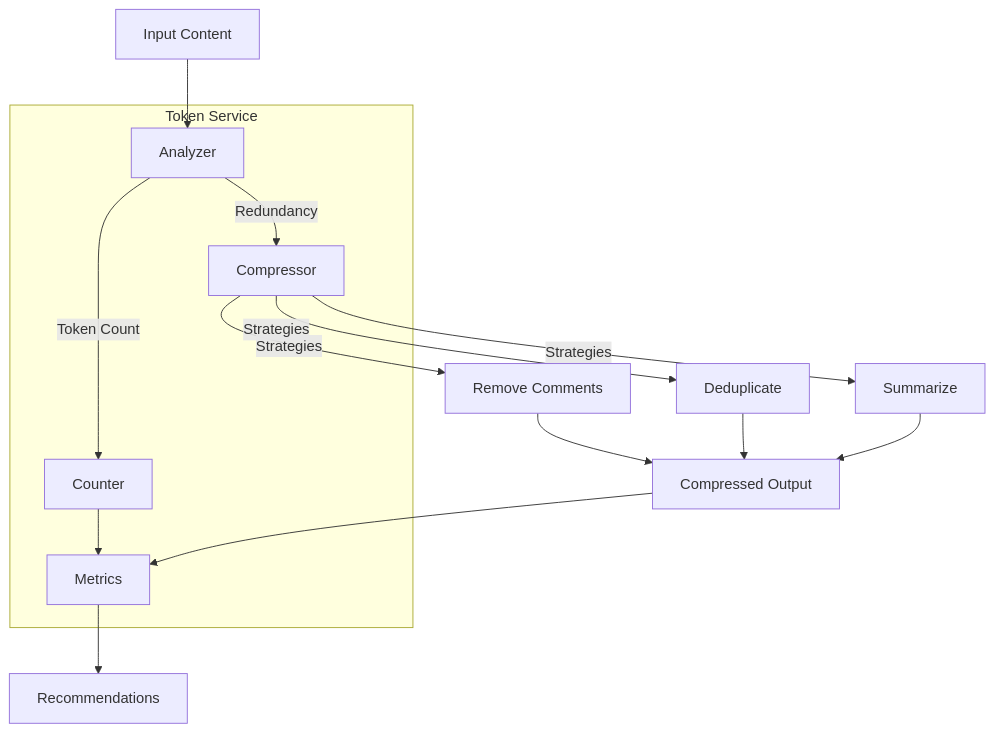
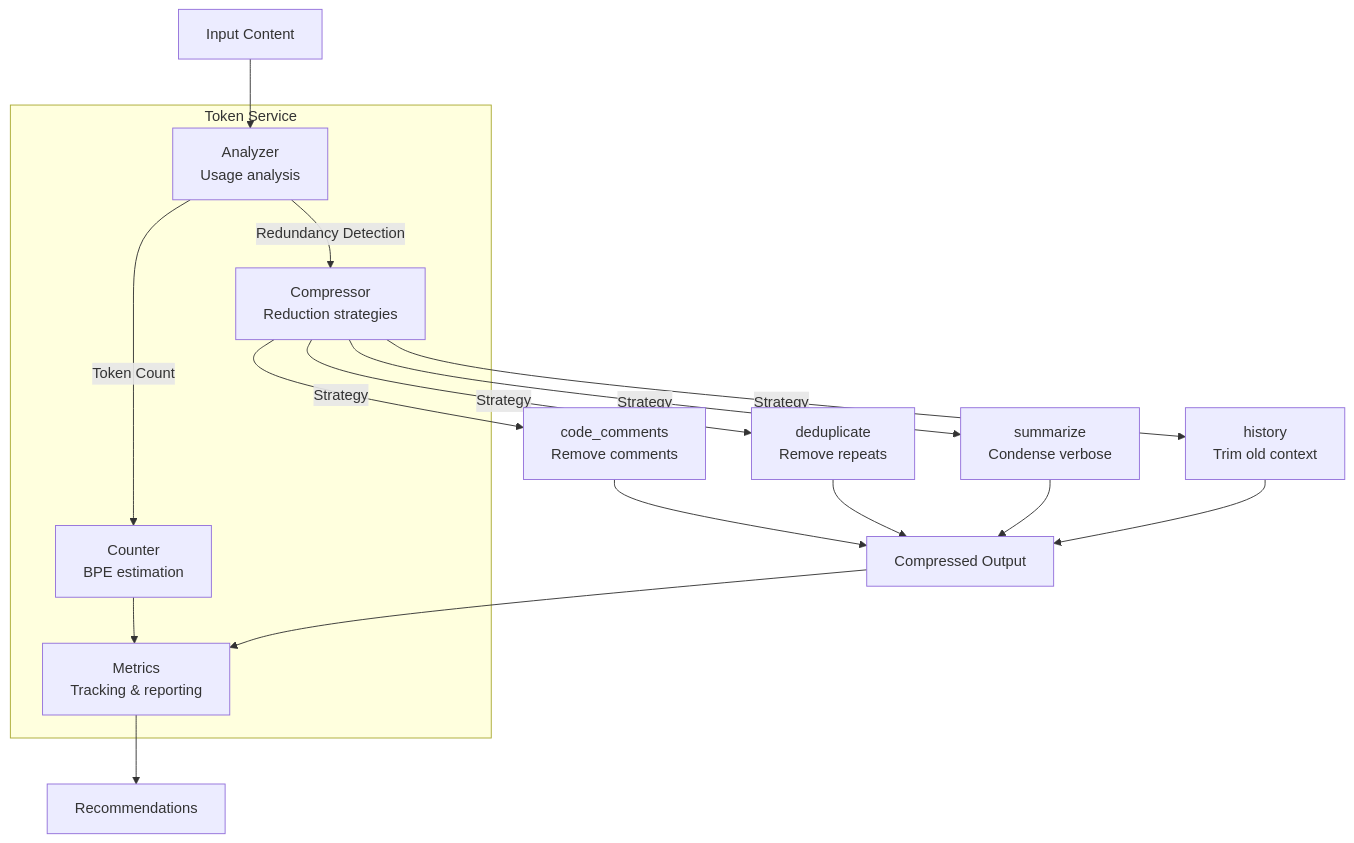
One commit to mjhcompany/cca changed diagram 14 of 19 in docs/architecture.md. Above: the diagram before and after it, drawn with Mermaid. The commit also changed other lines of this file and 43 other files, not shown here.

````diff
--- a/docs/architecture.md
+++ b/docs/architecture.md
@@ -707,25 +645,27 @@
 ```mermaid
 graph TB
     subgraph "Token Service"
-        AN[Analyzer]
-        CT[Counter]
-        CP[Compressor]
-        MT[Metrics]
+        AN[Analyzer<br/>Usage analysis]
+        CT[Counter<br/>BPE estimation]
+        CP[Compressor<br/>Reduction strategies]
+        MT[Metrics<br/>Tracking & reporting]
     end
 
     Content[Input Content] --> AN
     AN -->|Token Count| CT
-    AN -->|Redundancy| CP
+    AN -->|Redundancy Detection| CP
 
-    CP -->|Strategies| S1[Remove Comments]
-    CP -->|Strategies| S2[Deduplicate]
-    CP -->|Strategies| S3[Summarize]
+    CP -->|Strategy| S1[code_comments<br/>Remove comments]
+    CP -->|Strategy| S2[deduplicate<br/>Remove repeats]
+    CP -->|Strategy| S3[summarize<br/>Condense verbose]
+    CP -->|Strategy| S4[history<br/>Trim old context]
 
     S1 --> Compressed[Compressed Output]
     S2 --> Compressed
     S3 --> Compressed
+    S4 --> Compressed
 
     CT --> MT
     Compressed --> MT
     MT --> Rec[Recommendations]
 ```
````
